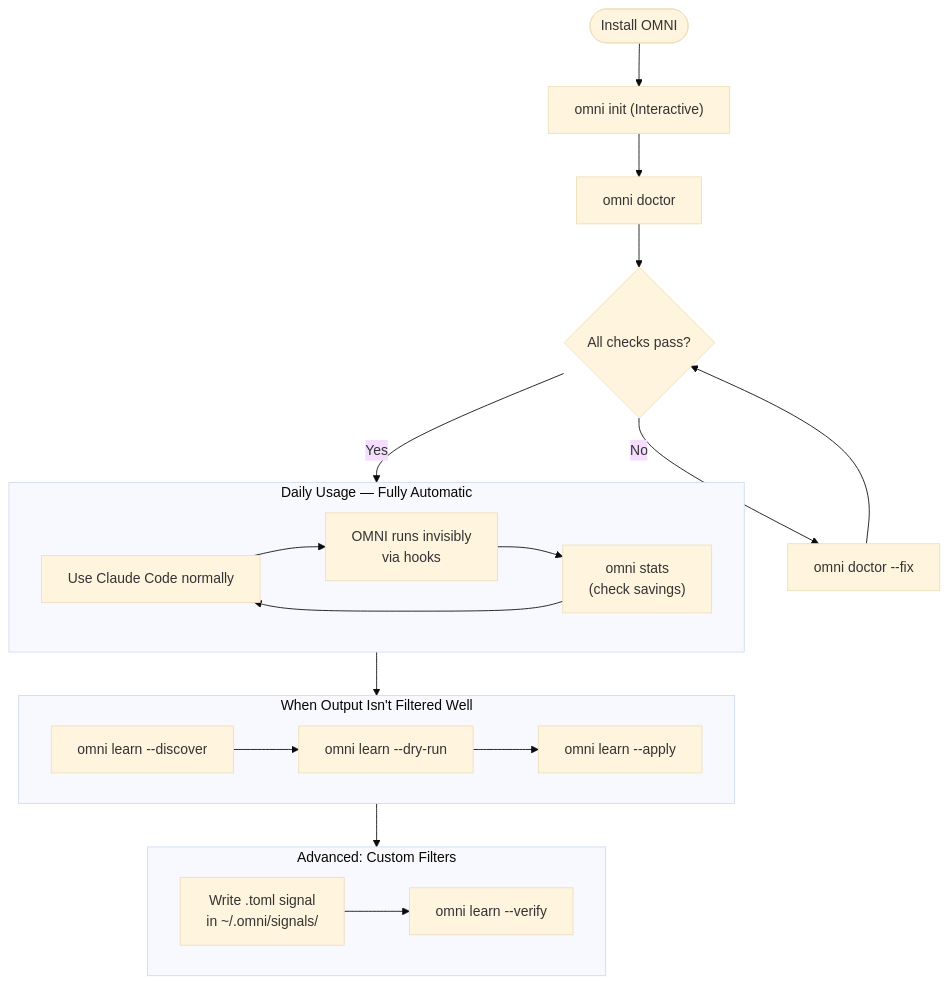
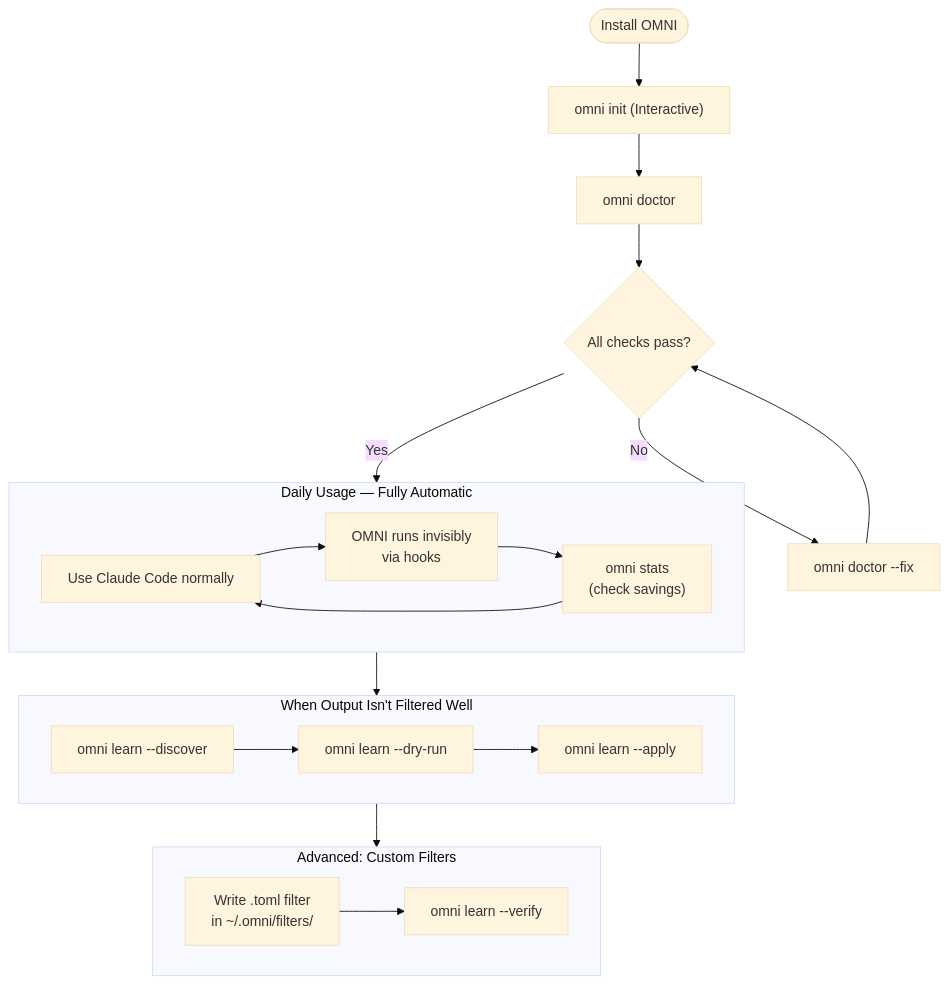
The diagram in docs/HOW_TO_USE.md (fajarhide/omni), drawn with Mermaid (base theme) before and after one commit. The commit also changed other lines of this file and 13 other files, not shown here.

````diff
--- a/docs/HOW_TO_USE.md
+++ b/docs/HOW_TO_USE.md
@@ -56,28 +56,28 @@
 ```mermaid
 flowchart TD
     Install([Install OMNI]) --> Init["omni init (Interactive)"]
     Init --> Doctor["omni doctor"]
     Doctor --> OK{All checks pass?}
     OK -- No --> Fix["omni doctor --fix"]
     Fix --> OK
     OK -- Yes --> Work
 
     subgraph Work [Daily Usage — Fully Automatic]
         UseCC["Use Claude Code normally"] --> Auto["OMNI runs invisibly\nvia hooks"]
         Auto --> Stats["omni stats\n(check savings)"]
         Stats --> UseCC
     end
 
     Work --> Learn
 
     subgraph Learn [When Output Isn't Filtered Well]
         LearnDiscover["omni learn --discover"] --> DryRun["omni learn --dry-run"]
         DryRun --> Apply["omni learn --apply"]
     end
 
     Learn --> Custom
 
     subgraph Custom [Advanced: Custom Filters]
-        Write["Write .toml signal\nin ~/.omni/signals/"] --> Verify["omni learn --verify"]
+        Write["Write .toml filter\nin ~/.omni/filters/"] --> Verify["omni learn --verify"]
     end
 ```
````
